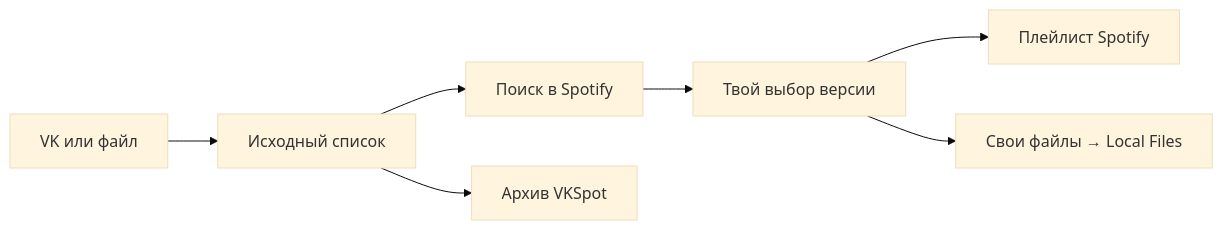
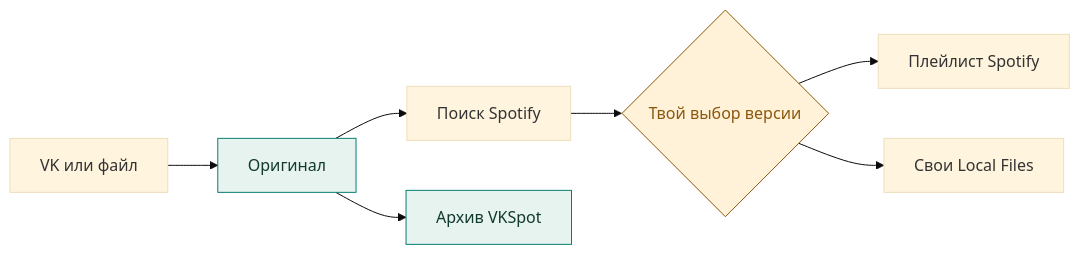
Before and after one commit to Matvey77/VKSpot: the diagram in README.md, drawn with Mermaid (base theme). The commit also changed other lines of this file, not shown here.

````diff
--- a/README.md
+++ b/README.md
@@ -52,9 +88,14 @@
 ```mermaid
 flowchart LR
-    A[VK или файл] --> B[Исходный список]
-    B --> C[Поиск в Spotify]
-    C --> D[Твой выбор версии]
+    A[VK или файл] --> B[Оригинал]
+    B --> C[Поиск Spotify]
+    C --> D{Твой выбор версии}
     D --> E[Плейлист Spotify]
-    D --> F[Свои файлы → Local Files]
+    D --> F[Свои Local Files]
     B --> G[Архив VKSpot]
+
+    classDef archive fill:#e6f3ef,stroke:#087f73,color:#12392e
+    classDef review fill:#fff2d8,stroke:#8b570c,color:#8b570c
+    class B,G archive
+    class D review
 ```
````
